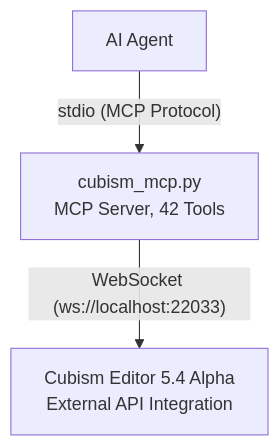
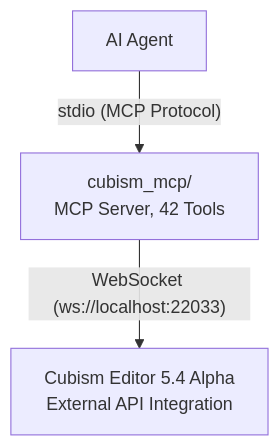
The diagram in i18n/README_EN.md (nana7chi/CubismExternalEditMCP), drawn with Mermaid before and after one commit. The commit also changed other lines of this file and 19 other files, not shown here.

First line of the commit message:
refactor: split cubism_mcp.py into modular package

````diff
--- a/i18n/README_EN.md
+++ b/i18n/README_EN.md
@@ -20,9 +20,9 @@
 ```mermaid
 graph TD
     AI["AI Agent"]
-    MCP["cubism_mcp.py<br/>MCP Server, 42 Tools"]
+    MCP["cubism_mcp/<br/>MCP Server, 42 Tools"]
     Editor["Cubism Editor 5.4 Alpha<br/>External API Integration"]
 
     AI -->|"stdio (MCP Protocol)"| MCP
     MCP -->|"WebSocket (ws://localhost:22033)"| Editor
 ```
````
